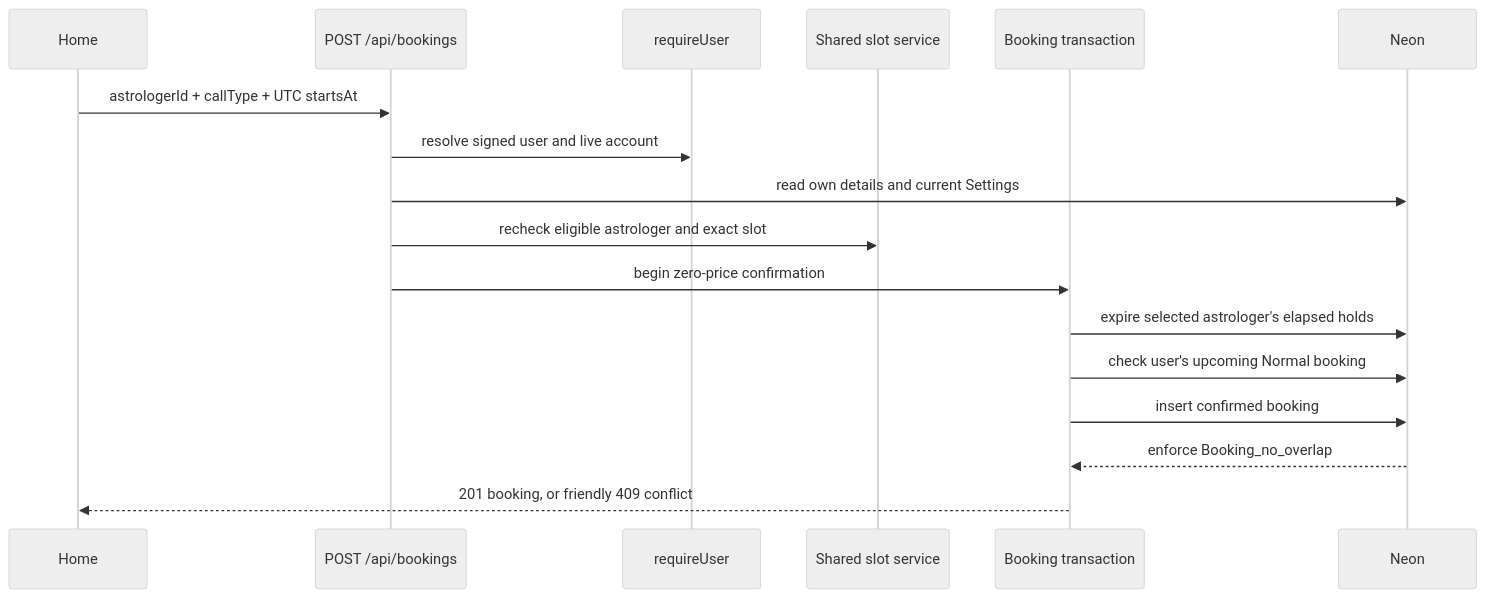
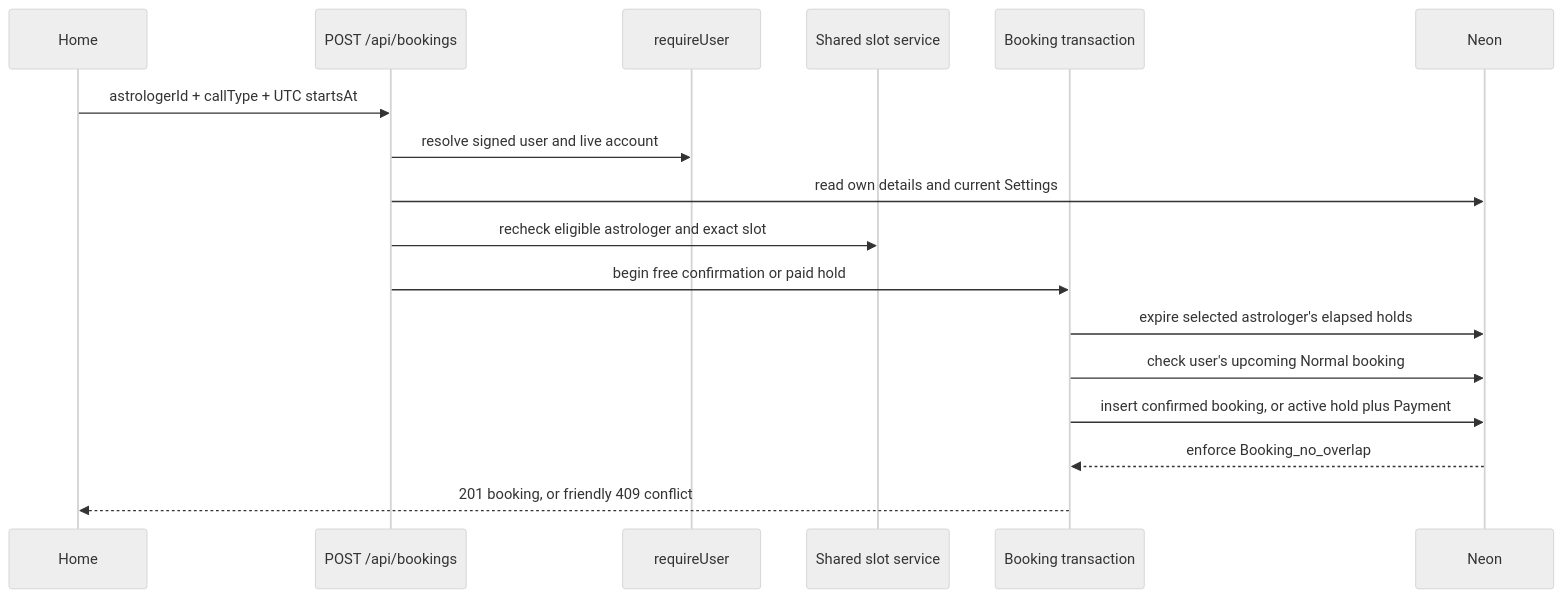
One commit to Yash1927/AstroWeb-App changed the third of 8 diagrams in docs/ARCHITECTURE.md. Above: the diagram before and after it, drawn with Mermaid (neutral theme). The commit also changed other lines of this file and 46 other files, not shown here.

````diff
--- a/docs/ARCHITECTURE.md
+++ b/docs/ARCHITECTURE.md
@@ -228,20 +241,20 @@
 ```mermaid
 sequenceDiagram
     participant Home
     participant API as POST /api/bookings
     participant Guard as requireUser
     participant Slots as Shared slot service
     participant Tx as Booking transaction
     participant Neon
 
     Home->>API: astrologerId + callType + UTC startsAt
     API->>Guard: resolve signed user and live account
     API->>Neon: read own details and current Settings
     API->>Slots: recheck eligible astrologer and exact slot
-    API->>Tx: begin zero-price confirmation
+    API->>Tx: begin free confirmation or paid hold
     Tx->>Neon: expire selected astrologer's elapsed holds
     Tx->>Neon: check user's upcoming Normal booking
-    Tx->>Neon: insert confirmed booking
+    Tx->>Neon: insert confirmed booking, or active hold plus Payment
     Neon-->>Tx: enforce Booking_no_overlap
     Tx-->>Home: 201 booking, or friendly 409 conflict
 ```
````
